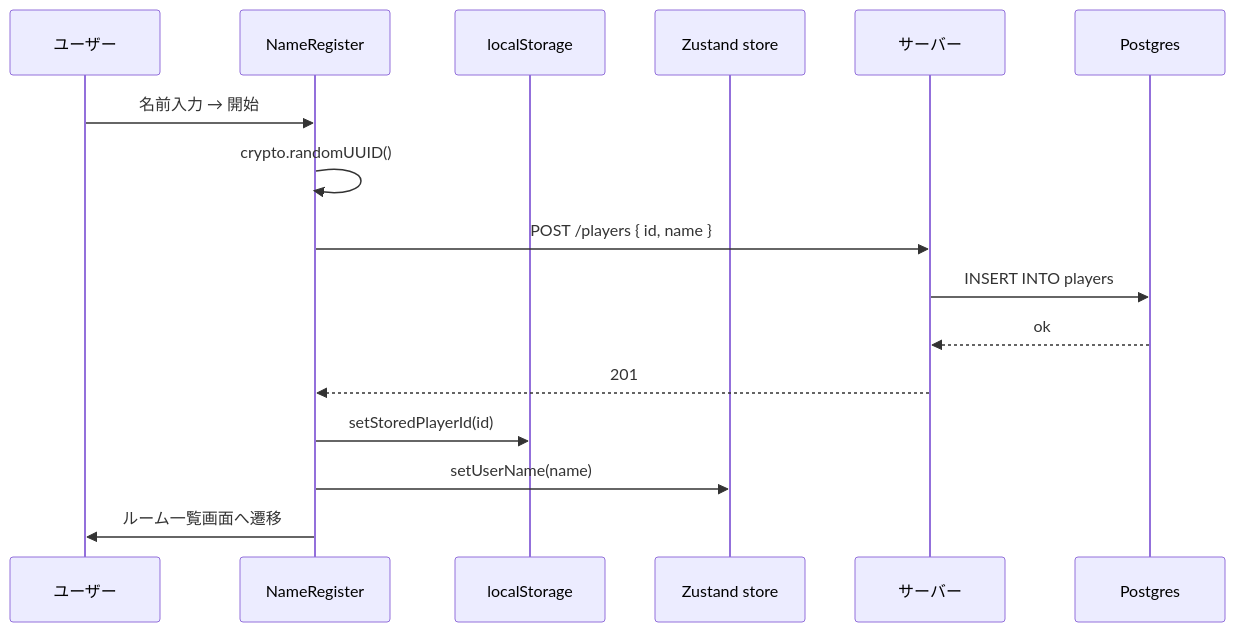
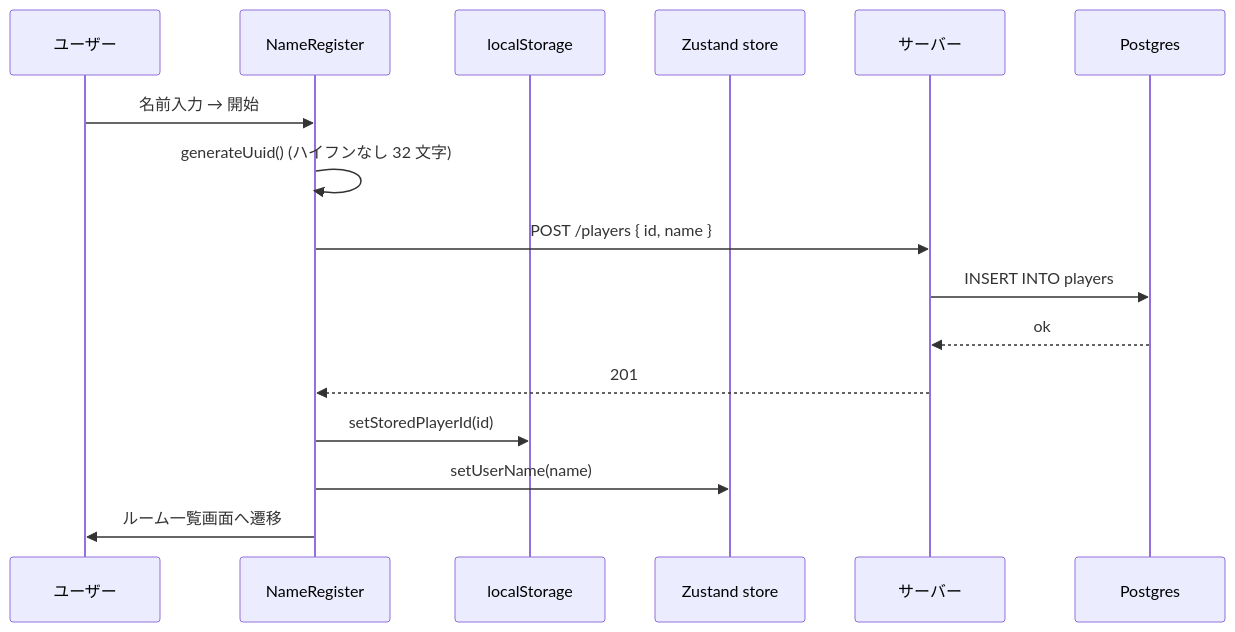
One commit to calm1205/bluff-auction changed the second of 5 diagrams in docs/design/06_authentication.md. Above: the diagram before and after it, drawn with Mermaid.

Commit message:
chore: auto-commit by Claude Code

````diff
--- a/docs/design/06_authentication.md
+++ b/docs/design/06_authentication.md
@@ -99,19 +99,19 @@
 ```mermaid
 sequenceDiagram
     participant U as ユーザー
     participant UI as NameRegister
     participant LS as localStorage
     participant Store as Zustand store
     participant S as サーバー
     participant DB as Postgres
 
     U->>UI: 名前入力 → 開始
-    UI->>UI: crypto.randomUUID()
+    UI->>UI: generateUuid() (ハイフンなし 32 文字)
     UI->>S: POST /players { id, name }
     S->>DB: INSERT INTO players
     DB-->>S: ok
     S-->>UI: 201
     UI->>LS: setStoredPlayerId(id)
     UI->>Store: setUserName(name)
     UI->>U: ルーム一覧画面へ遷移
 ```
````
